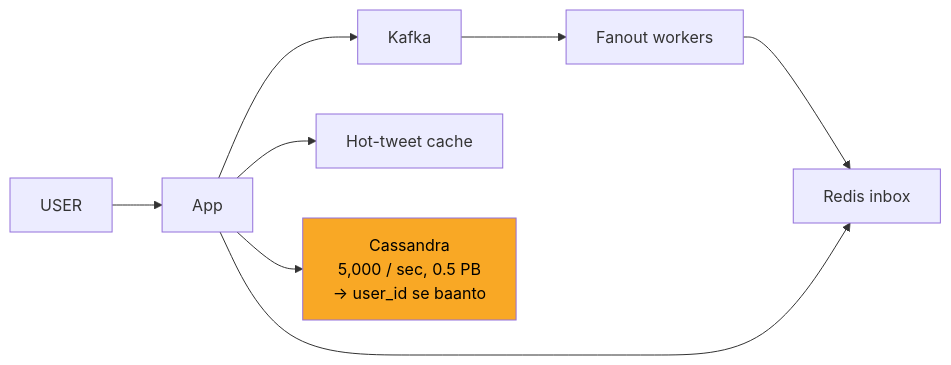
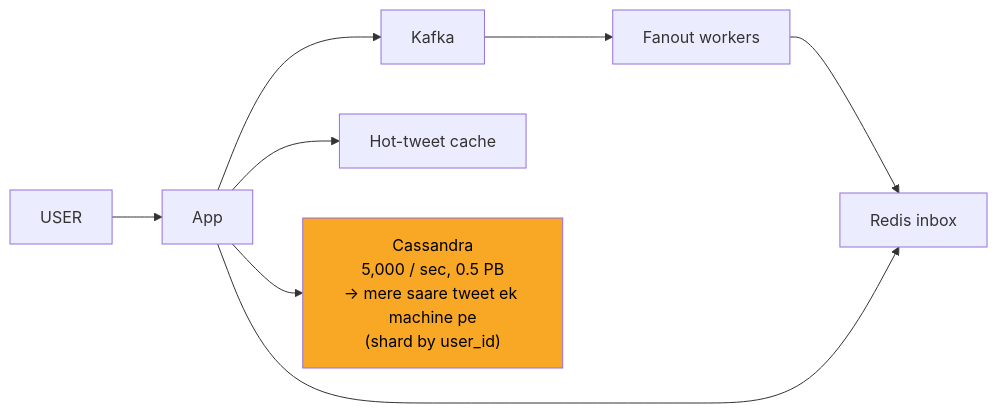
The seventh of 12 diagrams in 04_HLD/SYSTEM_DESIGNS/03_twitter_feed/03_twitter_feed.md (ArpanMaheshwari144/Prep), drawn with Mermaid before and after one commit. The commit also changed other lines of this file and 13 other files, not shown here.

````diff
--- a/04_HLD/SYSTEM_DESIGNS/03_twitter_feed/03_twitter_feed.md
+++ b/04_HLD/SYSTEM_DESIGNS/03_twitter_feed/03_twitter_feed.md
@@ -275,18 +275,18 @@
 ```mermaid
 flowchart LR
     n_USER["USER"]
     n_App["App"]
     n_Kafka["Kafka"]
     n_Fanout_workers["Fanout workers"]
     n_Redis_inbox["Redis inbox"]
     n_Hot_tweet_cache["Hot-tweet cache"]
-    n_Cassandra["Cassandra<br/>5,000 / sec, 0.5 PB<br/>-> user_id se baanto"]
+    n_Cassandra["Cassandra<br/>5,000 / sec, 0.5 PB<br/>-> mere saare tweet ek machine pe<br/>(shard by user_id)"]
     n_USER --> n_App
     n_App --> n_Kafka
     n_App --> n_Hot_tweet_cache
     n_App --> n_Cassandra
     n_Kafka --> n_Fanout_workers
     n_Fanout_workers --> n_Redis_inbox
     n_App --> n_Redis_inbox
     style n_Cassandra fill:#f9a825,color:#000
 ```
````
